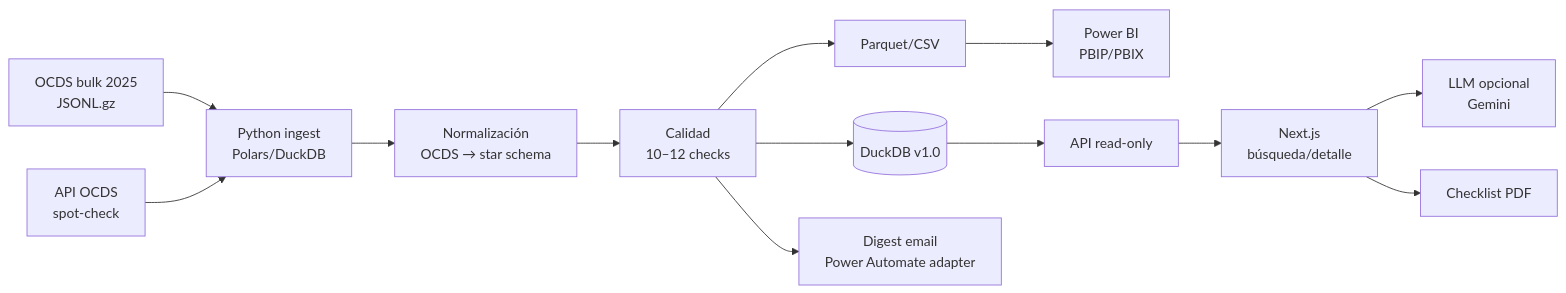
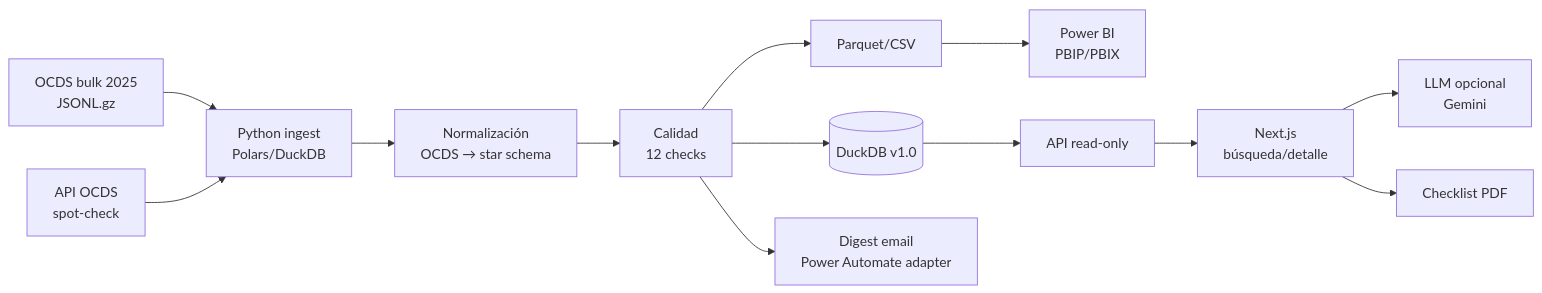
One commit to kuki236/contratamype changed the diagram in SPECS.md. Above: the diagram before and after it, drawn with Mermaid. The commit also changed other lines of this file and 2 other files, not shown here.

Commit message:
docs: fix validation count references

````diff
--- a/SPECS.md
+++ b/SPECS.md
@@ -66,15 +66,15 @@
 ```mermaid
 flowchart LR
     bulk[OCDS bulk 2025\nJSONL.gz] --> ingest[Python ingest\nPolars/DuckDB]
     api[API OCDS\nspot-check] --> ingest
     ingest --> normalize[Normalización\nOCDS → star schema]
-    normalize --> quality[Calidad\n10–12 checks]
+    normalize --> quality[Calidad\n12 checks]
     quality --> duck[(DuckDB v1.0)]
     quality --> pq[Parquet/CSV]
     pq --> pbi[Power BI\nPBIP/PBIX]
     duck --> readapi[API read-only]
     readapi --> web[Next.js\nbúsqueda/detalle]
     web --> llm[LLM opcional\nGemini]
     web --> pdf[Checklist PDF]
     quality --> alerts[Digest email\nPower Automate adapter]
 ```
````
